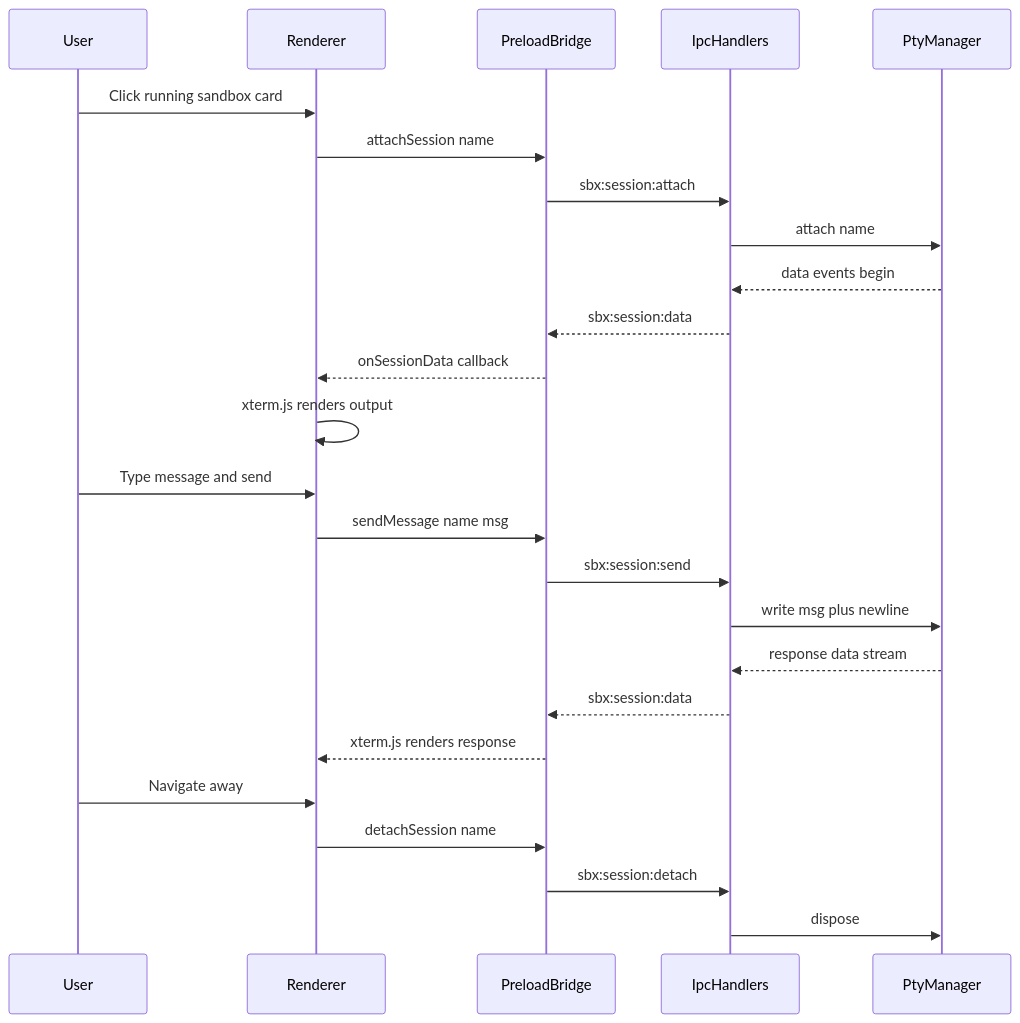
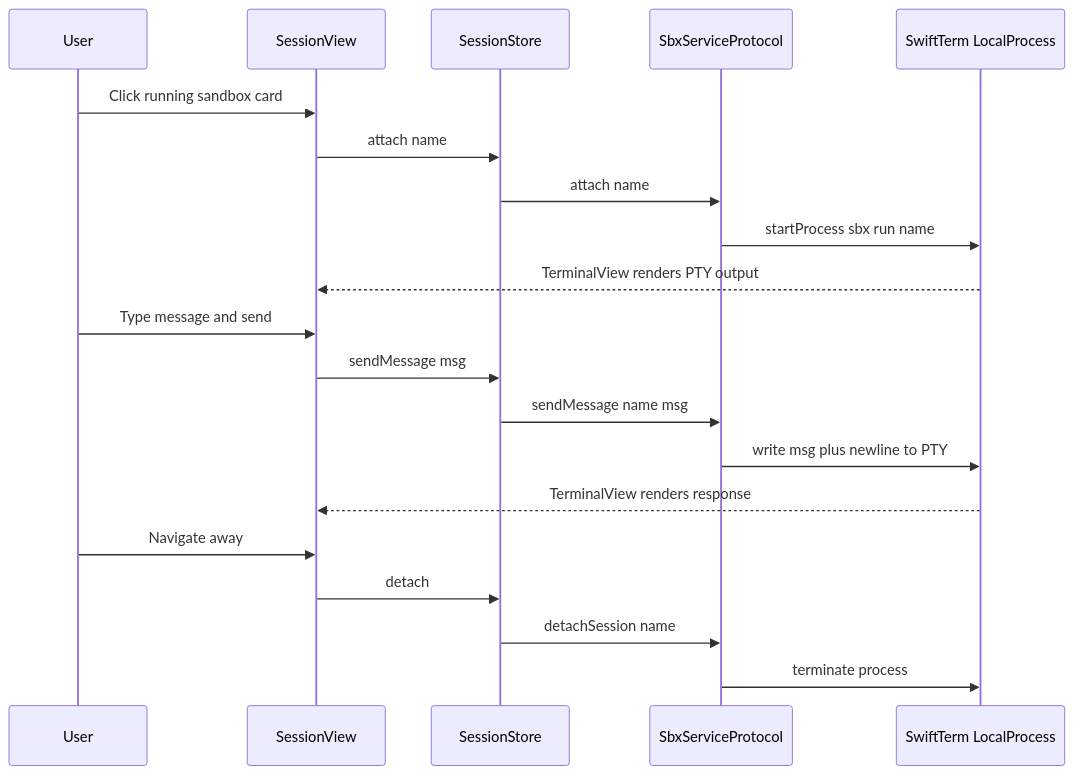
The third of 4 diagrams in .kiro/specs/sbx-ui/design.md (TETRA2000/sbx-ui), drawn with Mermaid before and after one commit. The commit also changed other lines of this file and 2 other files, not shown here.

First line of the commit message:
Redesign sbx-ui for macOS native (SwiftUI + Swift), replacing Electron

````diff
--- a/.kiro/specs/sbx-ui/design.md
+++ b/.kiro/specs/sbx-ui/design.md
@@ -150,30 +156,25 @@
 ```mermaid
 sequenceDiagram
     participant User
-    participant Renderer
-    participant Bridge as PreloadBridge
-    participant IPC as IpcHandlers
-    participant Pty as PtyManager
+    participant View as SessionView
+    participant Model as SessionStore
+    participant Service as SbxServiceProtocol
+    participant Term as SwiftTerm LocalProcess
 
-    User->>Renderer: Click running sandbox card
-    Renderer->>Bridge: attachSession name
-    Bridge->>IPC: sbx:session:attach
-    IPC->>Pty: attach name
-    Pty-->>IPC: data events begin
-    IPC-->>Bridge: sbx:session:data
-    Bridge-->>Renderer: onSessionData callback
-    Renderer->>Renderer: xterm.js renders output
+    User->>View: Click running sandbox card
+    View->>Model: attach name
+    Model->>Service: attach name
+    Service->>Term: startProcess sbx run name
+    Term-->>View: TerminalView renders PTY output
 
-    User->>Renderer: Type message and send
-    Renderer->>Bridge: sendMessage name msg
-    Bridge->>IPC: sbx:session:send
-    IPC->>Pty: write msg plus newline
-    Pty-->>IPC: response data stream
-    IPC-->>Bridge: sbx:session:data
-    Bridge-->>Renderer: xterm.js renders response
+    User->>View: Type message and send
+    View->>Model: sendMessage msg
+    Model->>Service: sendMessage name msg
+    Service->>Term: write msg plus newline to PTY
+    Term-->>View: TerminalView renders response
 
-    User->>Renderer: Navigate away
-    Renderer->>Bridge: detachSession name
-    Bridge->>IPC: sbx:session:detach
-    IPC->>Pty: dispose
+    User->>View: Navigate away
+    View->>Model: detach
+    Model->>Service: detachSession name
+    Service->>Term: terminate process
 ```
````
